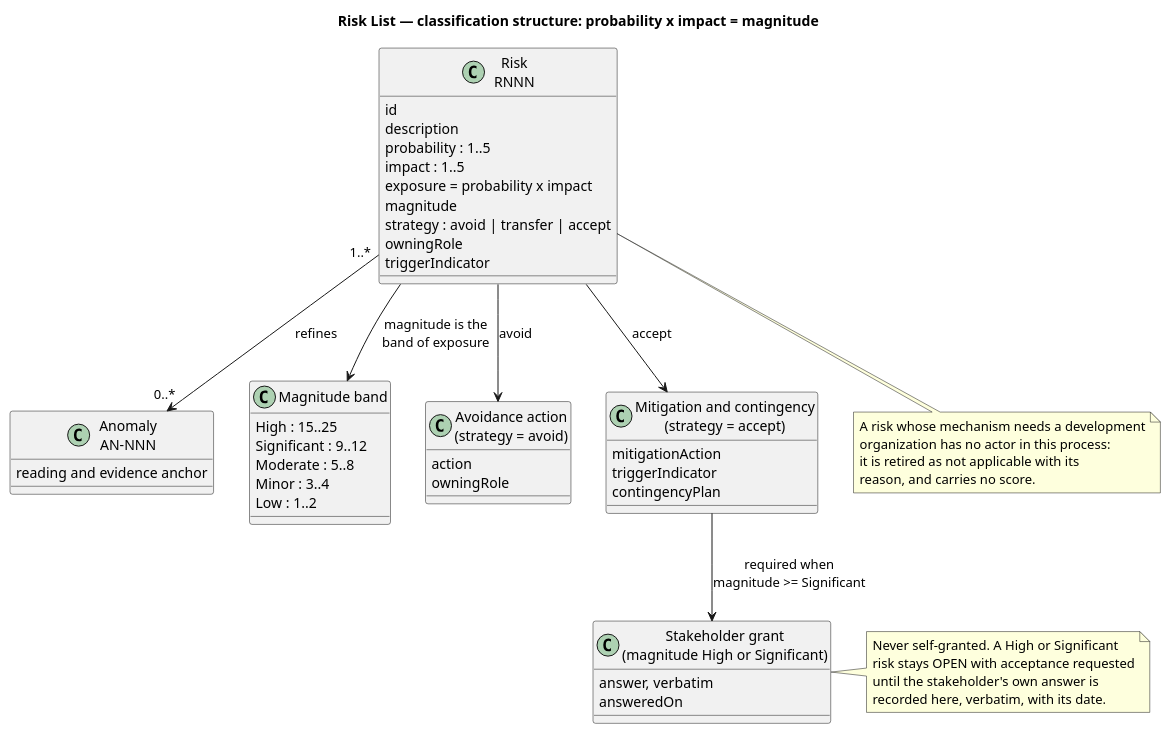
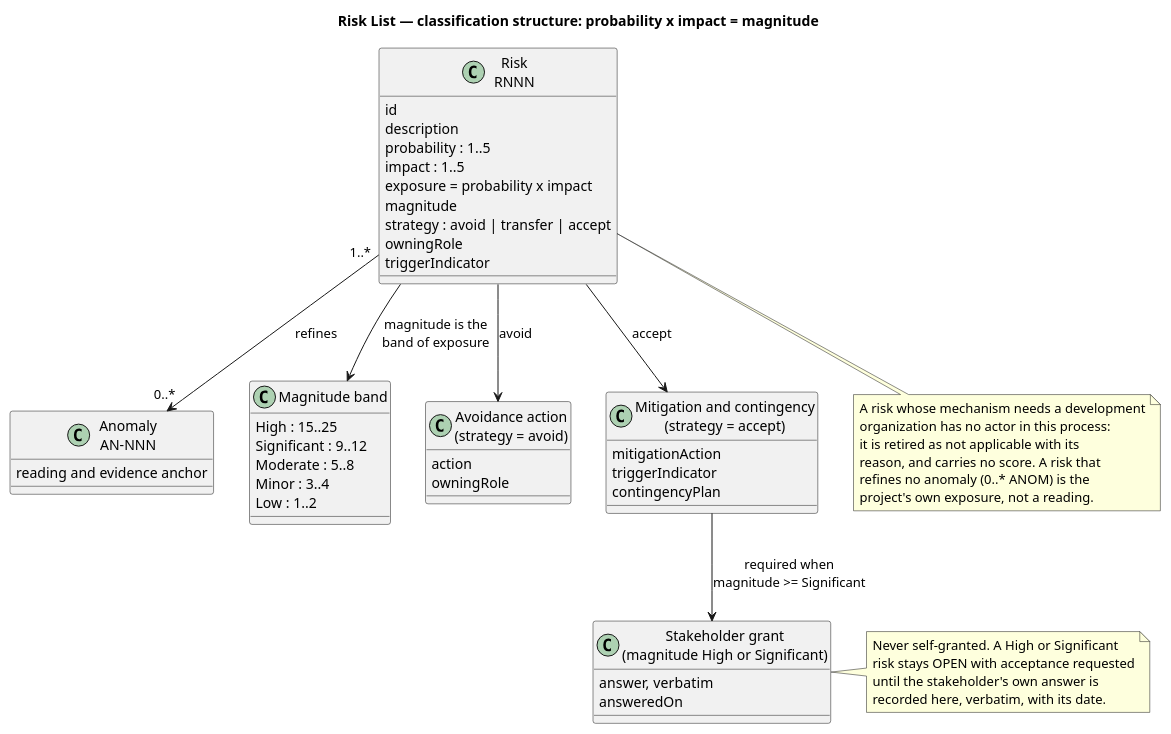
Before and after one commit to banense-test/TodoApp: the first of 2 diagrams in docs/artifacts/project-management/risk-list.md, drawn with PlantUML. The commit also changed other lines of this file, not shown here.

First line of the commit message:
Project Manager [Survey2]: upsert Risk List

````diff
--- a/docs/artifacts/project-management/risk-list.md
+++ b/docs/artifacts/project-management/risk-list.md
@@ -25,61 +25,63 @@
 ```plantuml
 @startuml
 title Risk List — classification structure: probability x impact = magnitude
 skinparam shadowing false
 skinparam classAttributeIconSize 0
 
 class "Risk\nRNNN" as RISK {
   id
   description
   probability : 1..5
   impact : 1..5
   exposure = probability x impact
   magnitude
   strategy : avoid | transfer | accept
   owningRole
   triggerIndicator
 }
 class "Anomaly\nAN-NNN" as ANOM {
   reading and evidence anchor
 }
 class "Magnitude band" as BAND {
   High : 15..25
   Significant : 9..12
   Moderate : 5..8
   Minor : 3..4
   Low : 1..2
 }
 class "Avoidance action\n(strategy = avoid)" as AVOID {
   action
   owningRole
 }
 class "Mitigation and contingency\n(strategy = accept)" as MIT {
   mitigationAction
   triggerIndicator
   contingencyPlan
 }
 class "Stakeholder grant\n(magnitude High or Significant)" as GRANT {
   answer, verbatim
   answeredOn
 }
 
 RISK "1..*" --> "0..*" ANOM : refines
 RISK --> BAND : magnitude is the\nband of exposure
 RISK --> AVOID : avoid
 RISK --> MIT : accept
 MIT --> GRANT : required when\nmagnitude >= Significant
 
 note right of GRANT
   Never self-granted. A High or Significant
   risk stays OPEN with acceptance requested
   until the stakeholder's own answer is
   recorded here, verbatim, with its date.
 end note
 note bottom of RISK
   A risk whose mechanism needs a development
   organization has no actor in this process:
   it is retired as not applicable with its
-  reason, and carries no score.
+  reason, and carries no score. A risk that
+  refines no anomaly (0..* ANOM) is the
+  project's own exposure, not a reading.
 end note
 @enduml
 ```
````
